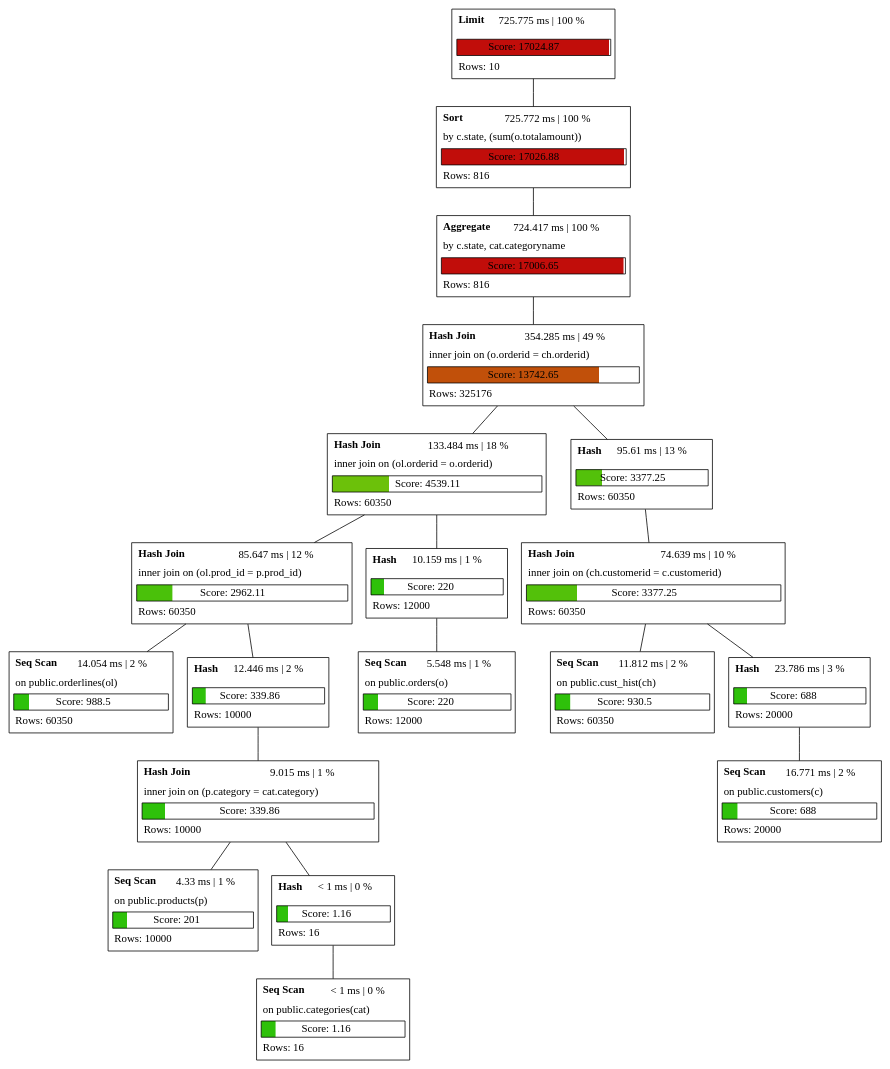
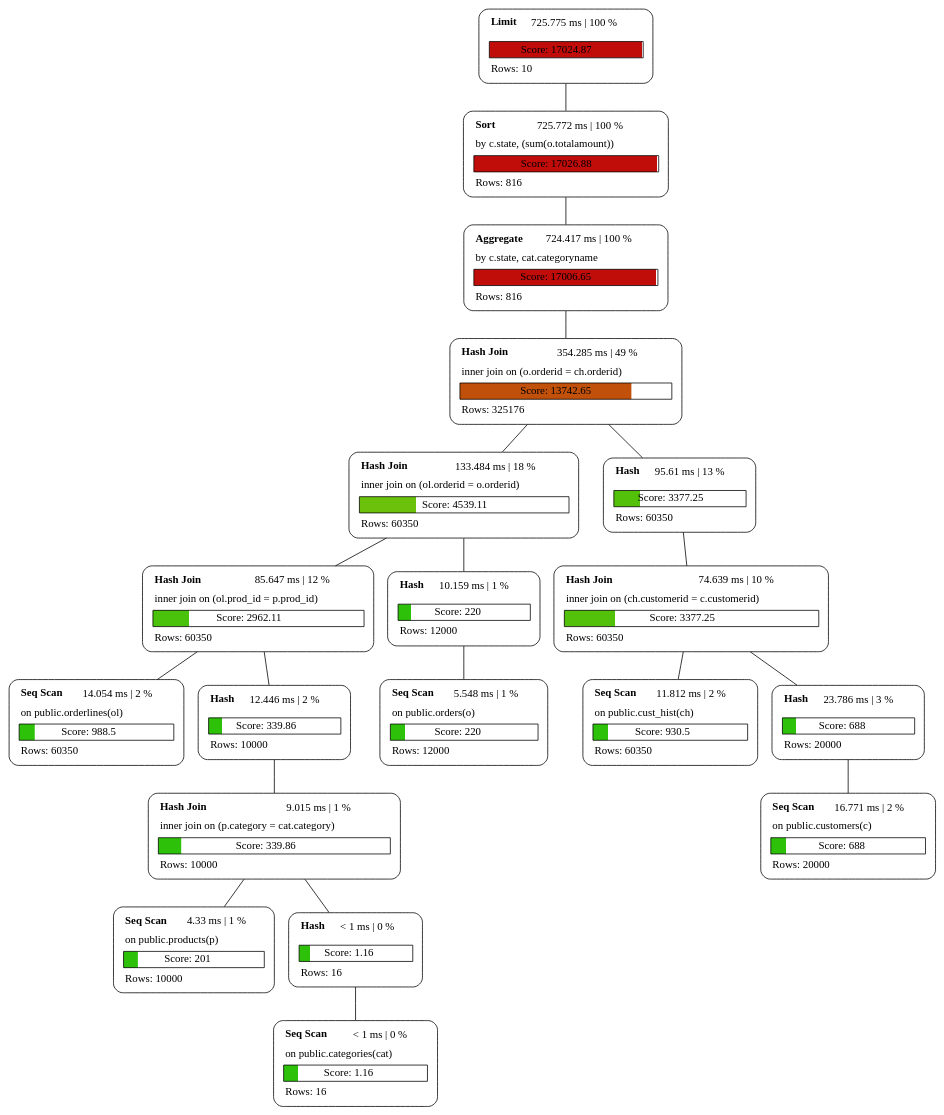
One commit to sanpii/explain changed the diagram in examples/plan_5.dot. Above: the diagram before and after it, drawn with Graphviz. The commit also changed 17 other files, not shown here.

```diff
--- a/examples/plan_5.dot
+++ b/examples/plan_5.dot
@@ -1,118 +1,23 @@
 graph explain {
-    node0[label=<<table cellborder="0" cellspacing="5">
-    <tr><td align="left"><b>Limit</b></td><td>725.775 ms | 100 %</td></tr>
-    <tr><td colspan="2" align="left"></td></tr>
-    <tr><td colspan="2" border="1" bgcolor="#c10d0a;0.99:white">Score: 17024.87</td></tr>
-    <tr><td colspan="2" align="left">Rows: 10</td></tr>
-</table>>][style="rounded"][shape="plain"];
-    node1[label=<<table cellborder="0" cellspacing="5">
-    <tr><td align="left"><b>Sort</b></td><td>725.772 ms | 100 %</td></tr>
-    <tr><td colspan="2" align="left">by c.state, (sum(o.totalamount))</td></tr>
-    <tr><td colspan="2" border="1" bgcolor="#c10d0a;0.99:white">Score: 17026.88</td></tr>
-    <tr><td colspan="2" align="left">Rows: 816</td></tr>
-</table>>][style="rounded"][shape="plain"];
-    node2[label=<<table cellborder="0" cellspacing="5">
-    <tr><td align="left"><b>Aggregate</b></td><td>724.417 ms | 100 %</td></tr>
-    <tr><td colspan="2" align="left">by c.state, cat.categoryname</td></tr>
-    <tr><td colspan="2" border="1" bgcolor="#c10d0a;0.99:white">Score: 17006.65</td></tr>
-    <tr><td colspan="2" align="left">Rows: 816</td></tr>
-</table>>][style="rounded"][shape="plain"];
-    node3[label=<<table cellborder="0" cellspacing="5">
-    <tr><td align="left"><b>Hash Join</b></td><td>354.285 ms | 49 %</td></tr>
-    <tr><td colspan="2" align="left">inner join on (o.orderid = ch.orderid)</td></tr>
-    <tr><td colspan="2" border="1" bgcolor="#c1500a;0.81:white">Score: 13742.65</td></tr>
-    <tr><td colspan="2" align="left">Rows: 325176</td></tr>
-</table>>][style="rounded"][shape="plain"];
-    node4[label=<<table cellborder="0" cellspacing="5">
-    <tr><td align="left"><b>Hash Join</b></td><td>133.484 ms | 18 %</td></tr>
-    <tr><td colspan="2" align="left">inner join on (ol.orderid = o.orderid)</td></tr>
-    <tr><td colspan="2" border="1" bgcolor="#6cc10a;0.27:white">Score: 4539.11</td></tr>
-    <tr><td colspan="2" align="left">Rows: 60350</td></tr>
-</table>>][style="rounded"][shape="plain"];
-    node5[label=<<table cellborder="0" cellspacing="5">
-    <tr><td align="left"><b>Hash Join</b></td><td>85.647 ms | 12 %</td></tr>
-    <tr><td colspan="2" align="left">inner join on (ol.prod_id = p.prod_id)</td></tr>
-    <tr><td colspan="2" border="1" bgcolor="#4ac10a;0.17:white">Score: 2962.11</td></tr>
-    <tr><td colspan="2" align="left">Rows: 60350</td></tr>
-</table>>][style="rounded"][shape="plain"];
-    node6[label=<<table cellborder="0" cellspacing="5">
-    <tr><td align="left"><b>Seq Scan</b></td><td>14.054 ms | 2 %</td></tr>
-    <tr><td colspan="2" align="left">on public.orderlines(ol)</td></tr>
-    <tr><td colspan="2" border="1" bgcolor="#2ec10a;0.10:white">Score: 988.5</td></tr>
-    <tr><td colspan="2" align="left">Rows: 60350</td></tr>
-</table>>][style="rounded"][shape="plain"];
-    node7[label=<<table cellborder="0" cellspacing="5">
-    <tr><td align="left"><b>Hash</b></td><td>12.446 ms | 2 %</td></tr>
-    <tr><td colspan="2" align="left"></td></tr>
-    <tr><td colspan="2" border="1" bgcolor="#2ec10a;0.10:white">Score: 339.86</td></tr>
-    <tr><td colspan="2" align="left">Rows: 10000</td></tr>
-</table>>][style="rounded"][shape="plain"];
-    node8[label=<<table cellborder="0" cellspacing="5">
-    <tr><td align="left"><b>Hash Join</b></td><td>9.015 ms | 1 %</td></tr>
-    <tr><td colspan="2" align="left">inner join on (p.category = cat.category)</td></tr>
-    <tr><td colspan="2" border="1" bgcolor="#2ec10a;0.10:white">Score: 339.86</td></tr>
-    <tr><td colspan="2" align="left">Rows: 10000</td></tr>
-</table>>][style="rounded"][shape="plain"];
-    node9[label=<<table cellborder="0" cellspacing="5">
-    <tr><td align="left"><b>Seq Scan</b></td><td>4.33 ms | 1 %</td></tr>
-    <tr><td colspan="2" align="left">on public.products(p)</td></tr>
-    <tr><td colspan="2" border="1" bgcolor="#2ec10a;0.10:white">Score: 201</td></tr>
-    <tr><td colspan="2" align="left">Rows: 10000</td></tr>
-</table>>][style="rounded"][shape="plain"];
-    node10[label=<<table cellborder="0" cellspacing="5">
-    <tr><td align="left"><b>Hash</b></td><td>&lt; 1 ms | 0 %</td></tr>
-    <tr><td colspan="2" align="left"></td></tr>
-    <tr><td colspan="2" border="1" bgcolor="#2ec10a;0.10:white">Score: 1.16</td></tr>
-    <tr><td colspan="2" align="left">Rows: 16</td></tr>
-</table>>][style="rounded"][shape="plain"];
-    node11[label=<<table cellborder="0" cellspacing="5">
-    <tr><td align="left"><b>Seq Scan</b></td><td>&lt; 1 ms | 0 %</td></tr>
-    <tr><td colspan="2" align="left">on public.categories(cat)</td></tr>
-    <tr><td colspan="2" border="1" bgcolor="#2ec10a;0.10:white">Score: 1.16</td></tr>
-    <tr><td colspan="2" align="left">Rows: 16</td></tr>
-</table>>][style="rounded"][shape="plain"];
-    node12[label=<<table cellborder="0" cellspacing="5">
-    <tr><td align="left"><b>Hash</b></td><td>10.159 ms | 1 %</td></tr>
-    <tr><td colspan="2" align="left"></td></tr>
-    <tr><td colspan="2" border="1" bgcolor="#2ec10a;0.10:white">Score: 220</td></tr>
-    <tr><td colspan="2" align="left">Rows: 12000</td></tr>
-</table>>][style="rounded"][shape="plain"];
-    node13[label=<<table cellborder="0" cellspacing="5">
-    <tr><td align="left"><b>Seq Scan</b></td><td>5.548 ms | 1 %</td></tr>
-    <tr><td colspan="2" align="left">on public.orders(o)</td></tr>
-    <tr><td colspan="2" border="1" bgcolor="#2ec10a;0.10:white">Score: 220</td></tr>
-    <tr><td colspan="2" align="left">Rows: 12000</td></tr>
-</table>>][style="rounded"][shape="plain"];
-    node14[label=<<table cellborder="0" cellspacing="5">
-    <tr><td align="left"><b>Hash</b></td><td>95.61 ms | 13 %</td></tr>
-    <tr><td colspan="2" align="left"></td></tr>
-    <tr><td colspan="2" border="1" bgcolor="#53c10a;0.20:white">Score: 3377.25</td></tr>
-    <tr><td colspan="2" align="left">Rows: 60350</td></tr>
-</table>>][style="rounded"][shape="plain"];
-    node15[label=<<table cellborder="0" cellspacing="5">
-    <tr><td align="left"><b>Hash Join</b></td><td>74.639 ms | 10 %</td></tr>
-    <tr><td colspan="2" align="left">inner join on (ch.customerid = c.customerid)</td></tr>
-    <tr><td colspan="2" border="1" bgcolor="#53c10a;0.20:white">Score: 3377.25</td></tr>
-    <tr><td colspan="2" align="left">Rows: 60350</td></tr>
-</table>>][style="rounded"][shape="plain"];
-    node16[label=<<table cellborder="0" cellspacing="5">
-    <tr><td align="left"><b>Seq Scan</b></td><td>11.812 ms | 2 %</td></tr>
-    <tr><td colspan="2" align="left">on public.cust_hist(ch)</td></tr>
-    <tr><td colspan="2" border="1" bgcolor="#2ec10a;0.10:white">Score: 930.5</td></tr>
-    <tr><td colspan="2" align="left">Rows: 60350</td></tr>
-</table>>][style="rounded"][shape="plain"];
-    node17[label=<<table cellborder="0" cellspacing="5">
-    <tr><td align="left"><b>Hash</b></td><td>23.786 ms | 3 %</td></tr>
-    <tr><td colspan="2" align="left"></td></tr>
-    <tr><td colspan="2" border="1" bgcolor="#2ec10a;0.10:white">Score: 688</td></tr>
-    <tr><td colspan="2" align="left">Rows: 20000</td></tr>
-</table>>][style="rounded"][shape="plain"];
-    node18[label=<<table cellborder="0" cellspacing="5">
-    <tr><td align="left"><b>Seq Scan</b></td><td>16.771 ms | 2 %</td></tr>
-    <tr><td colspan="2" align="left">on public.customers(c)</td></tr>
-    <tr><td colspan="2" border="1" bgcolor="#2ec10a;0.10:white">Score: 688</td></tr>
-    <tr><td colspan="2" align="left">Rows: 20000</td></tr>
-</table>>][style="rounded"][shape="plain"];
+    node0[label=<<table border="0" cellborder="0" cellspacing="5"><tr><td align="left"><b>Limit</b></td><td>725.775 ms | 100 %</td></tr><tr><td colspan="2" align="left"></td></tr><tr><td colspan="2" border="1" bgcolor="#c10d0a;0.99:white">Score: 17024.87</td></tr><tr><td colspan="2" align="left">Rows: 10</td></tr></table>>][style="rounded"][shape="box"];
+    node1[label=<<table border="0" cellborder="0" cellspacing="5"><tr><td align="left"><b>Sort</b></td><td>725.772 ms | 100 %</td></tr><tr><td colspan="2" align="left">by c.state, (sum(o.totalamount))</td></tr><tr><td colspan="2" border="1" bgcolor="#c10d0a;0.99:white">Score: 17026.88</td></tr><tr><td colspan="2" align="left">Rows: 816</td></tr></table>>][style="rounded"][shape="box"];
+    node2[label=<<table border="0" cellborder="0" cellspacing="5"><tr><td align="left"><b>Aggregate</b></td><td>724.417 ms | 100 %</td></tr><tr><td colspan="2" align="left">by c.state, cat.categoryname</td></tr><tr><td colspan="2" border="1" bgcolor="#c10d0a;0.99:white">Score: 17006.65</td></tr><tr><td colspan="2" align="left">Rows: 816</td></tr></table>>][style="rounded"][shape="box"];
+    node3[label=<<table border="0" cellborder="0" cellspacing="5"><tr><td align="left"><b>Hash Join</b></td><td>354.285 ms | 49 %</td></tr><tr><td colspan="2" align="left">inner join on (o.orderid = ch.orderid)</td></tr><tr><td colspan="2" border="1" bgcolor="#c1500a;0.81:white">Score: 13742.65</td></tr><tr><td colspan="2" align="left">Rows: 325176</td></tr></table>>][style="rounded"][shape="box"];
+    node4[label=<<table border="0" cellborder="0" cellspacing="5"><tr><td align="left"><b>Hash Join</b></td><td>133.484 ms | 18 %</td></tr><tr><td colspan="2" align="left">inner join on (ol.orderid = o.orderid)</td></tr><tr><td colspan="2" border="1" bgcolor="#6cc10a;0.27:white">Score: 4539.11</td></tr><tr><td colspan="2" align="left">Rows: 60350</td></tr></table>>][style="rounded"][shape="box"];
+    node5[label=<<table border="0" cellborder="0" cellspacing="5"><tr><td align="left"><b>Hash Join</b></td><td>85.647 ms | 12 %</td></tr><tr><td colspan="2" align="left">inner join on (ol.prod_id = p.prod_id)</td></tr><tr><td colspan="2" border="1" bgcolor="#4ac10a;0.17:white">Score: 2962.11</td></tr><tr><td colspan="2" align="left">Rows: 60350</td></tr></table>>][style="rounded"][shape="box"];
+    node6[label=<<table border="0" cellborder="0" cellspacing="5"><tr><td align="left"><b>Seq Scan</b></td><td>14.054 ms | 2 %</td></tr><tr><td colspan="2" align="left">on public.orderlines(ol)</td></tr><tr><td colspan="2" border="1" bgcolor="#2ec10a;0.10:white">Score: 988.5</td></tr><tr><td colspan="2" align="left">Rows: 60350</td></tr></table>>][style="rounded"][shape="box"];
+    node7[label=<<table border="0" cellborder="0" cellspacing="5"><tr><td align="left"><b>Hash</b></td><td>12.446 ms | 2 %</td></tr><tr><td colspan="2" align="left"></td></tr><tr><td colspan="2" border="1" bgcolor="#2ec10a;0.10:white">Score: 339.86</td></tr><tr><td colspan="2" align="left">Rows: 10000</td></tr></table>>][style="rounded"][shape="box"];
+    node8[label=<<table border="0" cellborder="0" cellspacing="5"><tr><td align="left"><b>Hash Join</b></td><td>9.015 ms | 1 %</td></tr><tr><td colspan="2" align="left">inner join on (p.category = cat.category)</td></tr><tr><td colspan="2" border="1" bgcolor="#2ec10a;0.10:white">Score: 339.86</td></tr><tr><td colspan="2" align="left">Rows: 10000</td></tr></table>>][style="rounded"][shape="box"];
+    node9[label=<<table border="0" cellborder="0" cellspacing="5"><tr><td align="left"><b>Seq Scan</b></td><td>4.33 ms | 1 %</td></tr><tr><td colspan="2" align="left">on public.products(p)</td></tr><tr><td colspan="2" border="1" bgcolor="#2ec10a;0.10:white">Score: 201</td></tr><tr><td colspan="2" align="left">Rows: 10000</td></tr></table>>][style="rounded"][shape="box"];
+    node10[label=<<table border="0" cellborder="0" cellspacing="5"><tr><td align="left"><b>Hash</b></td><td>&lt; 1 ms | 0 %</td></tr><tr><td colspan="2" align="left"></td></tr><tr><td colspan="2" border="1" bgcolor="#2ec10a;0.10:white">Score: 1.16</td></tr><tr><td colspan="2" align="left">Rows: 16</td></tr></table>>][style="rounded"][shape="box"];
+    node11[label=<<table border="0" cellborder="0" cellspacing="5"><tr><td align="left"><b>Seq Scan</b></td><td>&lt; 1 ms | 0 %</td></tr><tr><td colspan="2" align="left">on public.categories(cat)</td></tr><tr><td colspan="2" border="1" bgcolor="#2ec10a;0.10:white">Score: 1.16</td></tr><tr><td colspan="2" align="left">Rows: 16</td></tr></table>>][style="rounded"][shape="box"];
+    node12[label=<<table border="0" cellborder="0" cellspacing="5"><tr><td align="left"><b>Hash</b></td><td>10.159 ms | 1 %</td></tr><tr><td colspan="2" align="left"></td></tr><tr><td colspan="2" border="1" bgcolor="#2ec10a;0.10:white">Score: 220</td></tr><tr><td colspan="2" align="left">Rows: 12000</td></tr></table>>][style="rounded"][shape="box"];
+    node13[label=<<table border="0" cellborder="0" cellspacing="5"><tr><td align="left"><b>Seq Scan</b></td><td>5.548 ms | 1 %</td></tr><tr><td colspan="2" align="left">on public.orders(o)</td></tr><tr><td colspan="2" border="1" bgcolor="#2ec10a;0.10:white">Score: 220</td></tr><tr><td colspan="2" align="left">Rows: 12000</td></tr></table>>][style="rounded"][shape="box"];
+    node14[label=<<table border="0" cellborder="0" cellspacing="5"><tr><td align="left"><b>Hash</b></td><td>95.61 ms | 13 %</td></tr><tr><td colspan="2" align="left"></td></tr><tr><td colspan="2" border="1" bgcolor="#53c10a;0.20:white">Score: 3377.25</td></tr><tr><td colspan="2" align="left">Rows: 60350</td></tr></table>>][style="rounded"][shape="box"];
+    node15[label=<<table border="0" cellborder="0" cellspacing="5"><tr><td align="left"><b>Hash Join</b></td><td>74.639 ms | 10 %</td></tr><tr><td colspan="2" align="left">inner join on (ch.customerid = c.customerid)</td></tr><tr><td colspan="2" border="1" bgcolor="#53c10a;0.20:white">Score: 3377.25</td></tr><tr><td colspan="2" align="left">Rows: 60350</td></tr></table>>][style="rounded"][shape="box"];
+    node16[label=<<table border="0" cellborder="0" cellspacing="5"><tr><td align="left"><b>Seq Scan</b></td><td>11.812 ms | 2 %</td></tr><tr><td colspan="2" align="left">on public.cust_hist(ch)</td></tr><tr><td colspan="2" border="1" bgcolor="#2ec10a;0.10:white">Score: 930.5</td></tr><tr><td colspan="2" align="left">Rows: 60350</td></tr></table>>][style="rounded"][shape="box"];
+    node17[label=<<table border="0" cellborder="0" cellspacing="5"><tr><td align="left"><b>Hash</b></td><td>23.786 ms | 3 %</td></tr><tr><td colspan="2" align="left"></td></tr><tr><td colspan="2" border="1" bgcolor="#2ec10a;0.10:white">Score: 688</td></tr><tr><td colspan="2" align="left">Rows: 20000</td></tr></table>>][style="rounded"][shape="box"];
+    node18[label=<<table border="0" cellborder="0" cellspacing="5"><tr><td align="left"><b>Seq Scan</b></td><td>16.771 ms | 2 %</td></tr><tr><td colspan="2" align="left">on public.customers(c)</td></tr><tr><td colspan="2" border="1" bgcolor="#2ec10a;0.10:white">Score: 688</td></tr><tr><td colspan="2" align="left">Rows: 20000</td></tr></table>>][style="rounded"][shape="box"];
     node0 -- node1[label=""];
     node1 -- node2[label=""];
     node2 -- node3[label=""];
```
